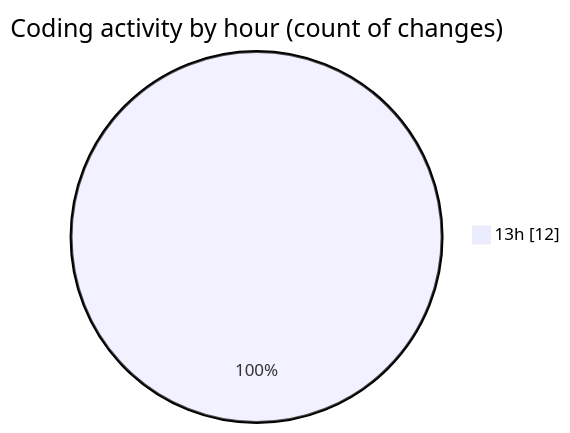
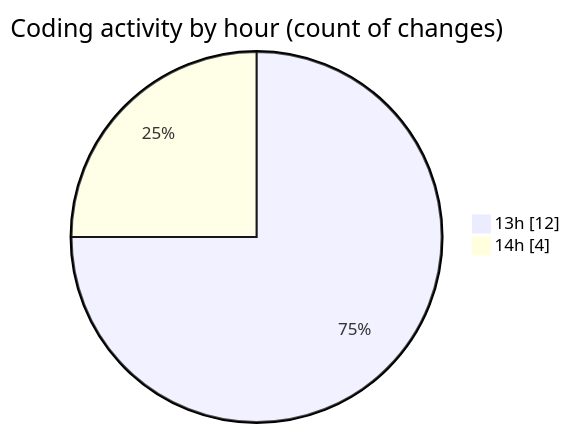
Before and after one commit to charlie-sans/code-tracking: the second of 2 diagrams in 2025-03-15/sharpmasm/README.md, drawn with Mermaid. The commit also changed other lines of this file and 1 other file, not shown here.

````diff
--- a/2025-03-15/sharpmasm/README.md
+++ b/2025-03-15/sharpmasm/README.md
@@ -31,5 +32,6 @@
 ```mermaid
 pie showData
 title Coding activity by hour (count of changes)
 "13h" : 12
+"14h" : 4
 ```
````
